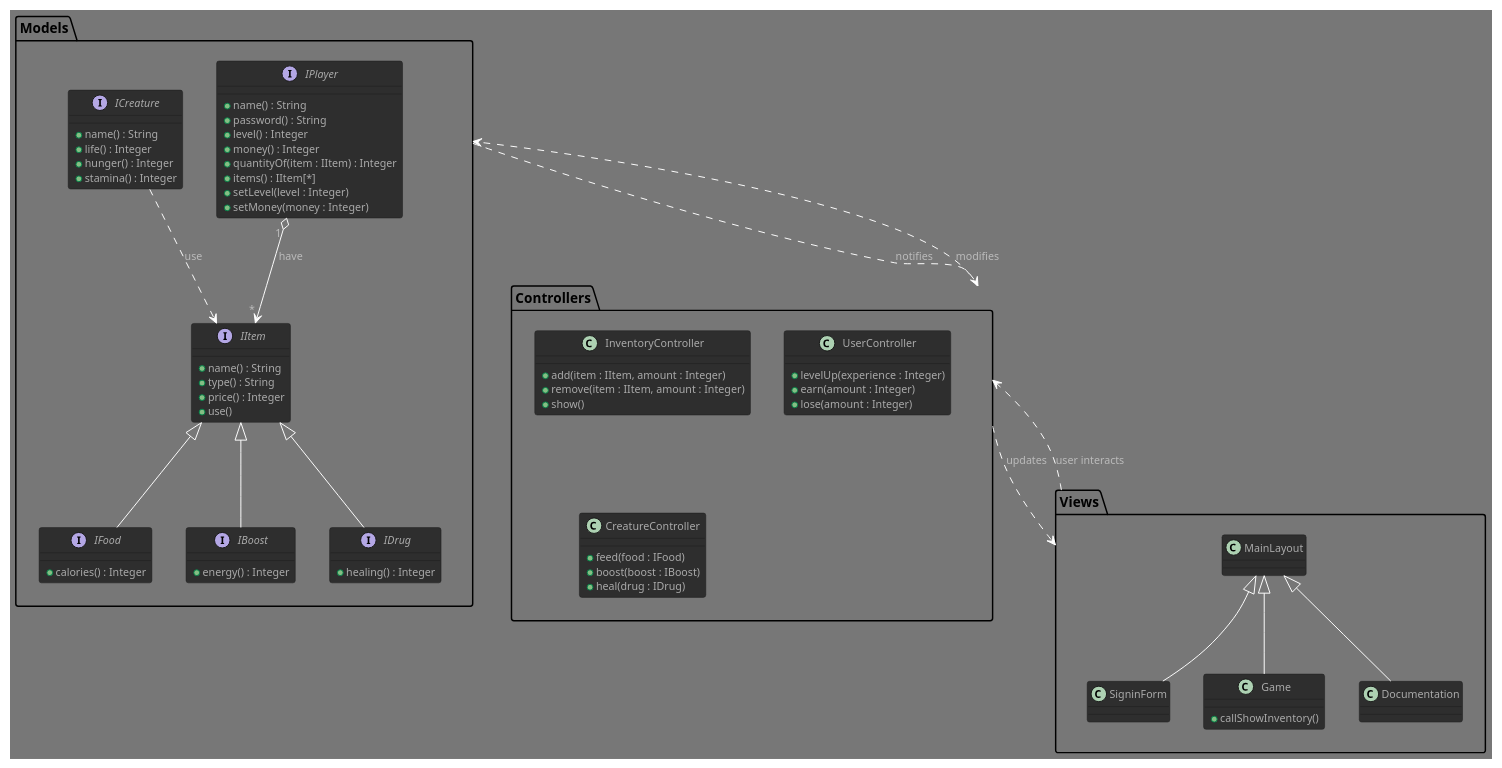
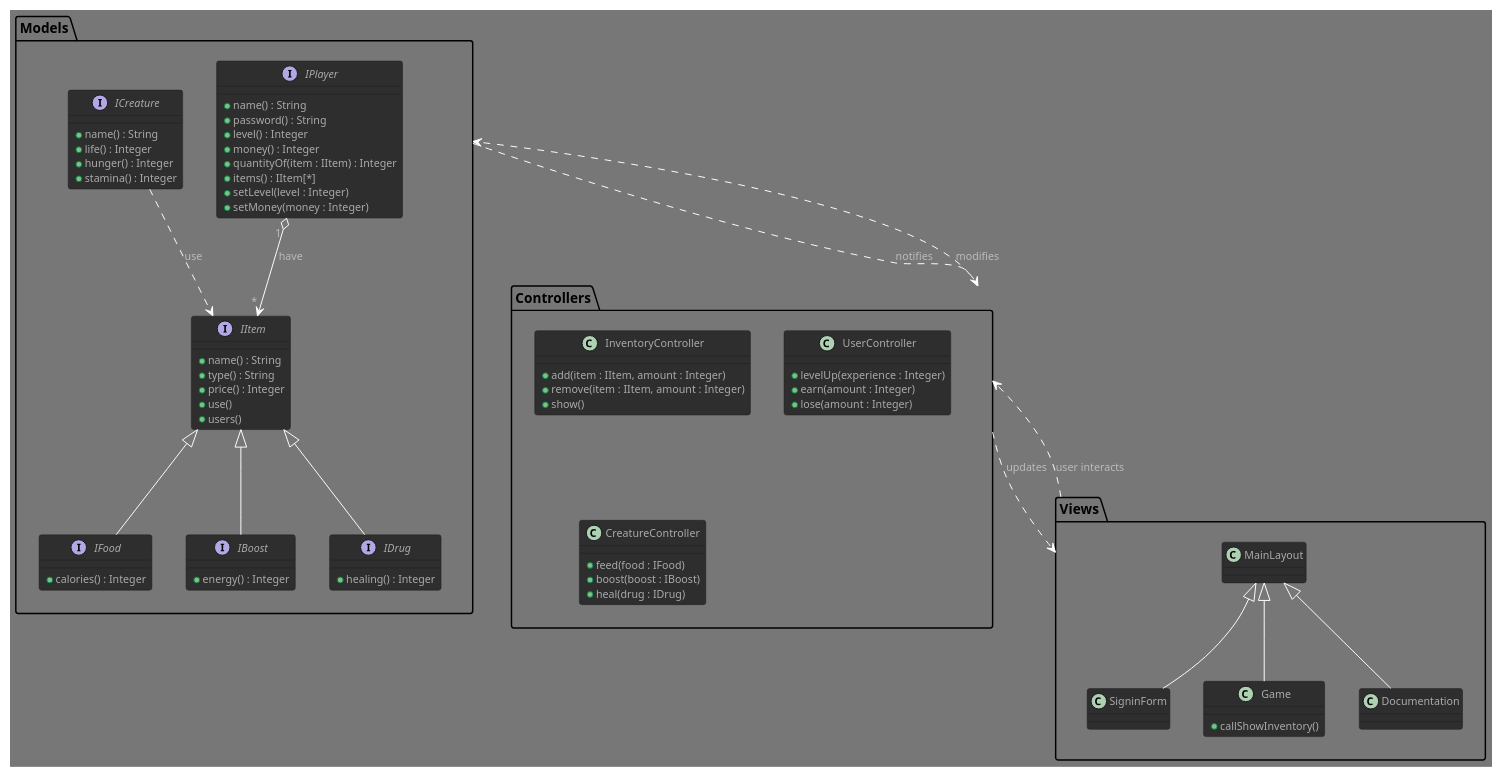
One commit to GlazKrovi/VirtualNoe changed the diagram in VirtualNoe.puml. Above: the diagram before and after it, drawn with PlantUML.

Commit message:
update uml

```diff
--- a/VirtualNoe.puml
+++ b/VirtualNoe.puml
@@ -1,101 +1,102 @@
 @startuml VirtualNoe
 
 !theme reddress-darkgreen
 
 package Models
 {
     interface IPlayer
     {
         + name() : String
         + password() : String
         + level() : Integer
         + money() : Integer
         + quantityOf(item : IItem) : Integer
         + items() : IItem[*]
         + setLevel(level : Integer)
         + setMoney(money : Integer)
     }
 
     interface IItem
     {
         + name() : String
         + type() : String
         + price() : Integer
         + use()     /' the way the objet is consumed '/
+        + users() /' get owners '/
     }
 
     interface IFood implements IItem
     {
         /' number of points added to hunger gauge '/
         + calories() : Integer  
     }
 
     interface IBoost implements IItem
     {
         /' number of points added to stamina gauge '/
         + energy() : Integer
     }
 
     interface IDrug implements IItem
     {
         /' number of points added to life gauge '/
         + healing() : Integer
     }
 
     interface ICreature 
     { 
         + name() : String
         + life() : Integer
         + hunger() : Integer
         + stamina() : Integer
     }
 }
 
 package Controllers 
 { 
     class InventoryController   /' use IPlayer '/
     {
         + add(item : IItem, amount : Integer) 
         + remove(item : IItem, amount : Integer)
         + show()
     }
 
     class UserController
     {
         /' Authentication system managed by laravel'/
         + levelUp(experience : Integer)
         + earn(amount : Integer) /' money '/
         + lose(amount : Integer) /' money '/
     }
 
     class CreatureController
     {
         + feed(food : IFood)
         + boost(boost : IBoost)
         + heal(drug : IDrug)
     }
 }
 
 package Views 
 { 
     class MainLayout
     class SigninForm extends MainLayout   /' home, index '/
     class Game extends MainLayout   /' main game window '/
     {
         + callShowInventory()
     }
     class Documentation extends MainLayout   /' tutorial, etc. '/
 }
 
 /' RELATIONS '/
 IPlayer" 1 " o--> " * "IItem : have
 ICreature ..> IItem : use               /' TODO - not sure '/
 
 
 /' MVC '/
 Controllers ..> Models : modifies
 Controllers ..> Views : updates
 Views ..> Controllers : user interacts
 Models ..> Controllers : notifies 
 
 @enduml
```
